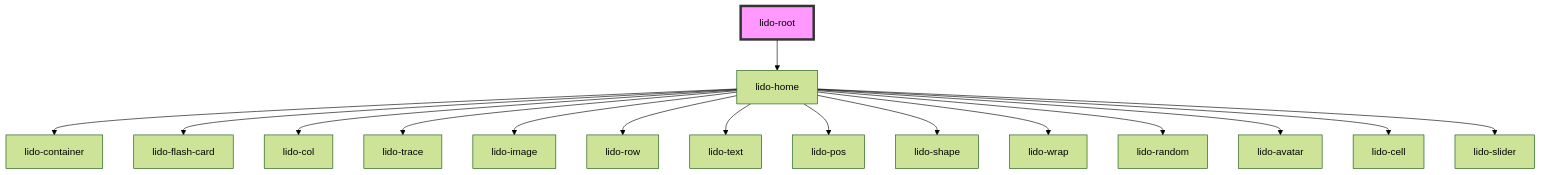
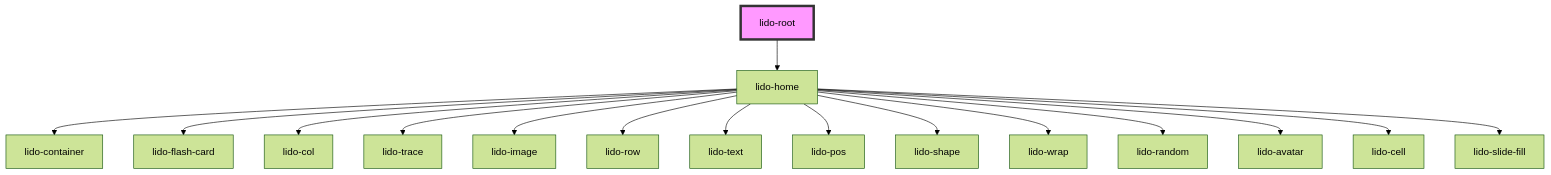
The diagram in src/components/root/readme.md (chimple/lido-player), drawn with Mermaid (forest theme) before and after one commit. The commit also changed 9 other files, not shown here.

````diff
--- a/src/components/root/readme.md
+++ b/src/components/root/readme.md
@@ -25,19 +25,19 @@
 ```mermaid
 graph TD;
   lido-root --> lido-home
   lido-home --> lido-container
   lido-home --> lido-flash-card
   lido-home --> lido-col
   lido-home --> lido-trace
   lido-home --> lido-image
   lido-home --> lido-row
   lido-home --> lido-text
   lido-home --> lido-pos
   lido-home --> lido-shape
   lido-home --> lido-wrap
   lido-home --> lido-random
   lido-home --> lido-avatar
   lido-home --> lido-cell
-  lido-home --> lido-slider
+  lido-home --> lido-slide-fill
   style lido-root fill:#f9f,stroke:#333,stroke-width:4px
 ```
````
